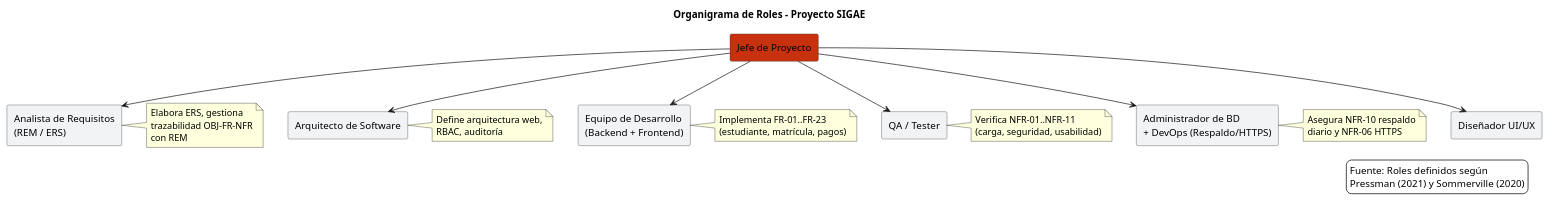
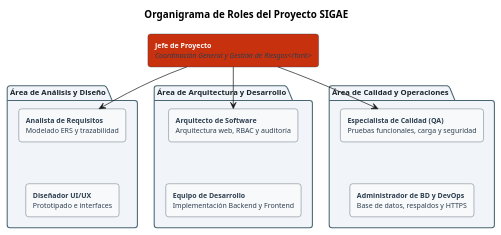
One commit to microuni-unsa/cas-lab-turno-e-grupo-1 changed the diagram in l1/img/sigae_organigrama.puml. Above: the diagram before and after it, drawn with PlantUML. The commit also changed 12 other files, not shown here.

```diff
--- a/l1/img/sigae_organigrama.puml
+++ b/l1/img/sigae_organigrama.puml
@@ -1,41 +1,46 @@
 @startuml
 skinparam backgroundColor #FFFFFF
 skinparam shadowing false
+skinparam roundcorner 8
 skinparam rectangle {
-  BackgroundColor #F1F3F4
-  BorderColor #333333
+  BackgroundColor #F8F9FA
+  BorderColor #2C3E50
+  FontColor #2C3E50
+  FontSize 10
 }
 skinparam package {
-  BackgroundColor #FFFFFF
-  BorderColor #333333
-}
-title Organigrama de Roles - Proyecto SIGAE
-
-rectangle "Jefe de Proyecto" as JP #C8310E {
+  BackgroundColor #F1F4F8
+  BorderColor #4A6572
+  FontColor #1A252C
+  FontStyle bold
+  FontSize 11
 }
 
-rectangle "Analista de Requisitos\n(REM / ERS)" as AR
-rectangle "Arquitecto de Software" as AQ
-rectangle "Diseñador UI/UX" as UX
-rectangle "Equipo de Desarrollo\n(Backend + Frontend)" as DEV
-rectangle "QA / Tester" as QA
-rectangle "Administrador de BD\n+ DevOps (Respaldo/HTTPS)" as DBA
+title Organigrama de Roles del Proyecto SIGAE
+
+rectangle "<font color=white><b>Jefe de Proyecto</b>\n<i>Coordinación General y Gestión de Riesgos</i></font>" as JP #C8310E
+
+package "Área de Análisis y Diseño" {
+  rectangle "<b>Analista de Requisitos</b>\nModelado ERS y trazabilidad" as AR
+  rectangle "<b>Diseñador UI/UX</b>\nPrototipado e interfaces" as UX
+}
+
+package "Área de Arquitectura y Desarrollo" {
+  rectangle "<b>Arquitecto de Software</b>\nArquitectura web, RBAC y auditoría" as AQ
+  rectangle "<b>Equipo de Desarrollo</b>\nImplementación Backend y Frontend" as DEV
+}
+
+package "Área de Calidad y Operaciones" {
+  rectangle "<b>Especialista de Calidad (QA)</b>\nPruebas funcionales, carga y seguridad" as QA
+  rectangle "<b>Administrador de BD y DevOps</b>\nBase de datos, respaldos y HTTPS" as DBA
+}
 
 JP --> AR
 JP --> AQ
-JP --> UX
-JP --> DEV
 JP --> QA
-JP --> DBA
 
-note right of AR : Elabora ERS, gestiona\ntrazabilidad OBJ-FR-NFR\ncon REM
-note right of AQ : Define arquitectura web,\nRBAC, auditoría
-note right of DEV : Implementa FR-01..FR-23\n(estudiante, matrícula, pagos)
-note right of QA : Verifica NFR-01..NFR-11\n(carga, seguridad, usabilidad)
-note right of DBA : Asegura NFR-10 respaldo\ndiario y NFR-06 HTTPS
+AR -[hidden]down-> UX
+AQ -[hidden]down-> DEV
+QA -[hidden]down-> DBA
 
-legend right
-  Fuente: Roles definidos según
-  Pressman (2021) y Sommerville (2020)
-endlegend
 @enduml
```
